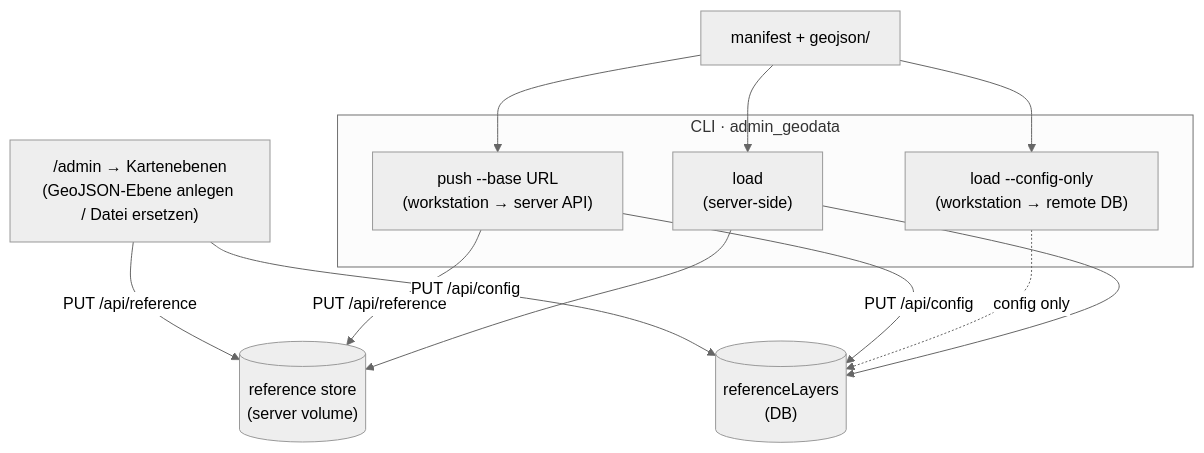
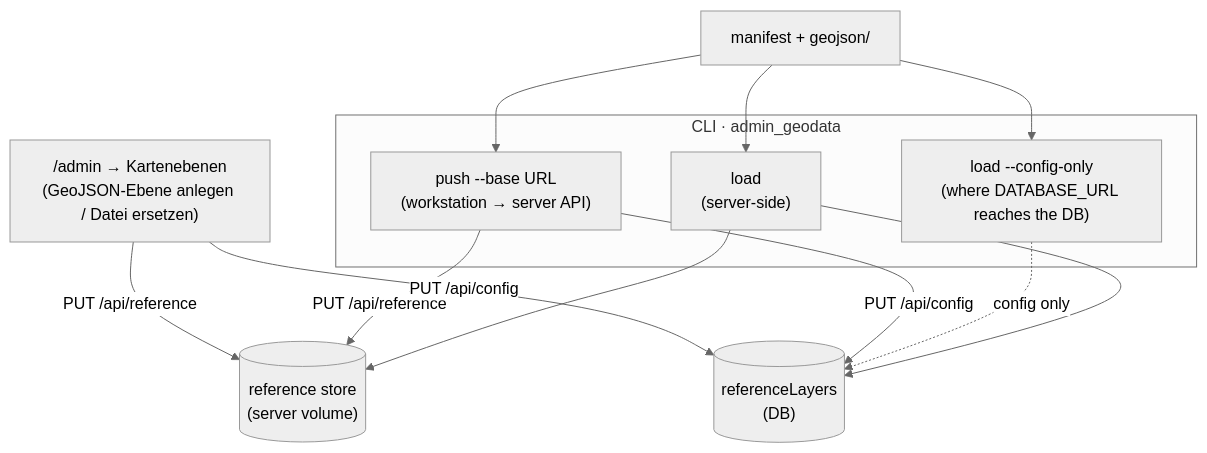
Before and after one commit to feuerwehr-oberwil/kp-front: the second of 3 diagrams in docs/geodata-architecture.md, drawn with Mermaid (neutral theme). The commit also changed other lines of this file and 10 other files, not shown here.

````diff
--- a/docs/geodata-architecture.md
+++ b/docs/geodata-architecture.md
@@ -60,22 +60,22 @@
 ```mermaid
 flowchart TD
   MAN["manifest + geojson/"]
 
   subgraph A["CLI · admin_geodata"]
     L1["load<br/>(server-side)"]
-    L2["load --config-only<br/>(workstation → remote DB)"]
+    L2["load --config-only<br/>(where DATABASE_URL reaches the DB)"]
     L3["push --base URL<br/>(workstation → server API)"]
   end
   UI["/admin → Kartenebenen<br/>(GeoJSON-Ebene anlegen / Datei ersetzen)"]
 
   STORE[("reference store<br/>(server volume)")]
   CFG[("referenceLayers<br/>(DB)")]
 
   MAN --> L1 --> STORE
   L1 --> CFG
   MAN --> L2 -. "config only" .-> CFG
   MAN --> L3 -->|"PUT /api/reference"| STORE
   L3 -->|"PUT /api/config"| CFG
   UI -->|"PUT /api/reference"| STORE
   UI -->|"PUT /api/config"| CFG
 ```
````
